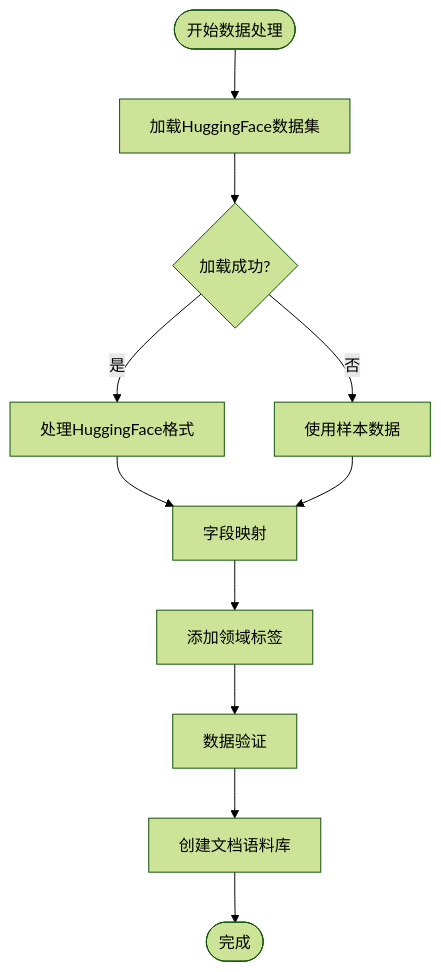
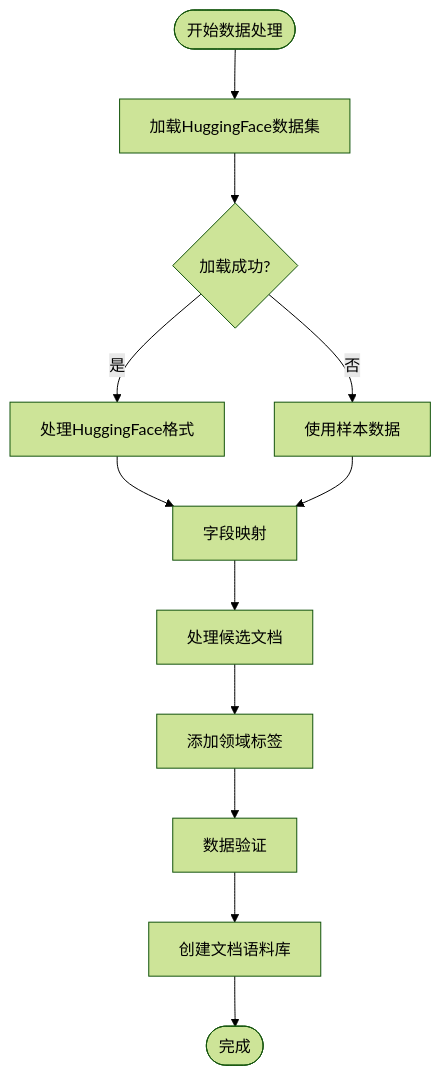
Before and after one commit to kitee0918/-nlp-rag-project: the third of 7 diagrams in .qoder/repowiki/zh/content/技术实现指南/数据处理管道.md, drawn with Mermaid (forest theme). The commit also changed other lines of this file and 4 other files, not shown here.

````diff
--- a/.qoder/repowiki/zh/content/技术实现指南/数据处理管道.md
+++ b/.qoder/repowiki/zh/content/技术实现指南/数据处理管道.md
@@ -182,13 +194,14 @@
 ```mermaid
 flowchart TD
 Start([开始数据处理]) --> LoadHF["加载HuggingFace数据集"]
 LoadHF --> LoadSuccess{"加载成功?"}
 LoadSuccess --> |是| HFProcess["处理HuggingFace格式"]
 LoadSuccess --> |否| SampleData["使用样本数据"]
 HFProcess --> FieldMapping["字段映射"]
 SampleData --> FieldMapping
-FieldMapping --> DomainTag["添加领域标签"]
+FieldMapping --> CandidateDocs["处理候选文档"]
+CandidateDocs --> DomainTag["添加领域标签"]
 DomainTag --> Validate["数据验证"]
 Validate --> CreateCorpus["创建文档语料库"]
 CreateCorpus --> End([完成])
 ```
````
